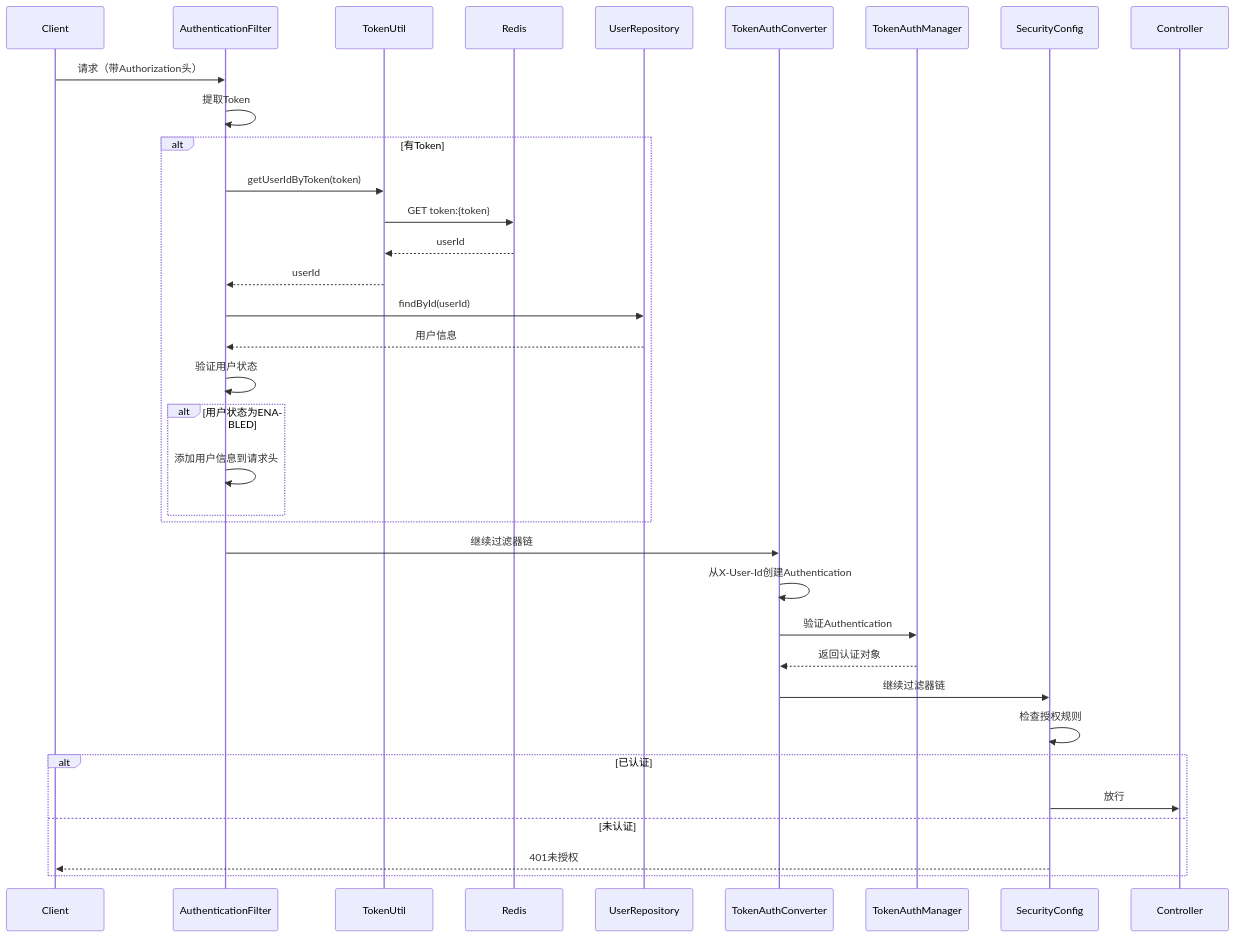
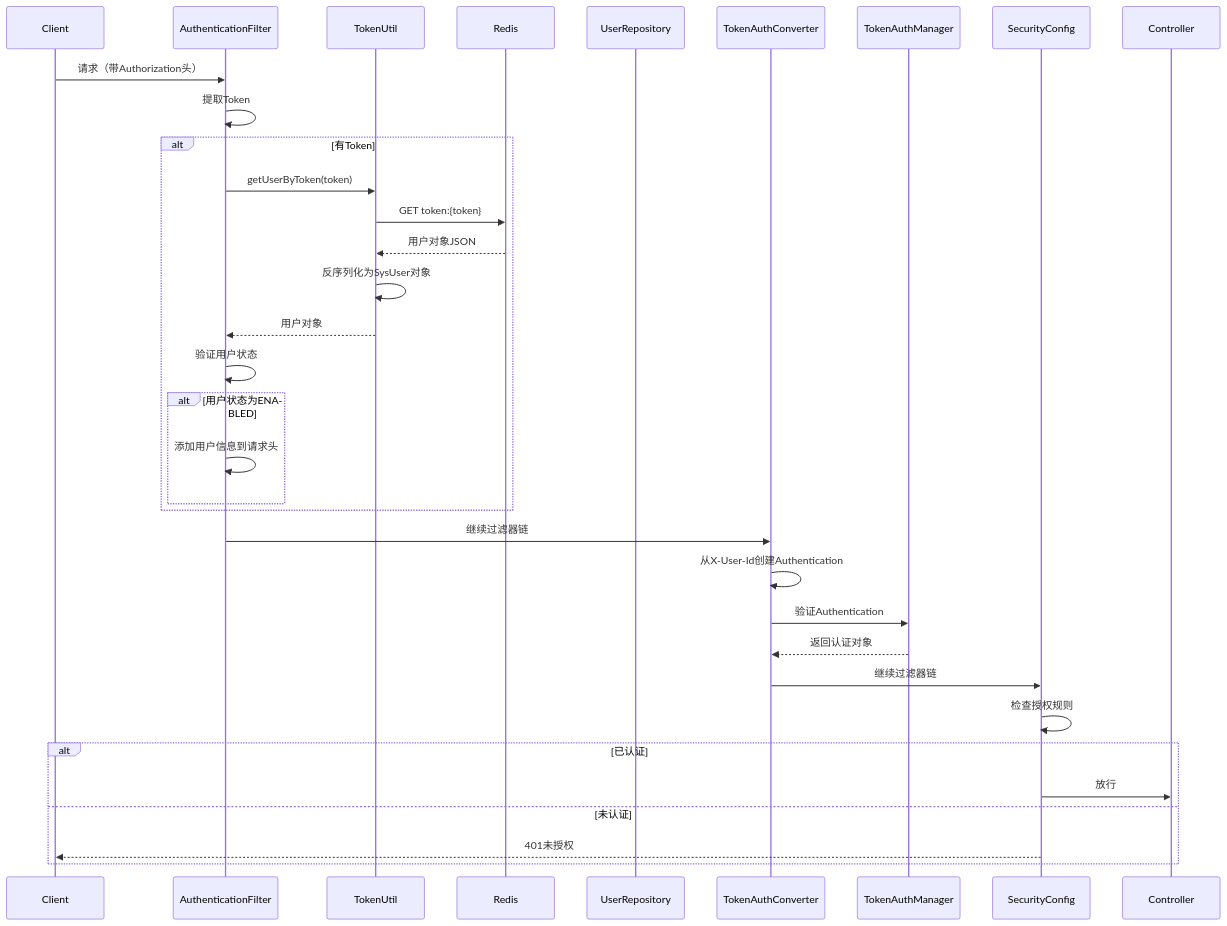
The second of 2 diagrams in prompt/身份验证设计.md (ImSetal121/CharnoAdmin), drawn with Mermaid before and after one commit. The commit also changed other lines of this file and 7 other files, not shown here.

````diff
--- a/prompt/身份验证设计.md
+++ b/prompt/身份验证设计.md
@@ -219,38 +246,37 @@
 ```mermaid
 sequenceDiagram
     participant Client
     participant AuthenticationFilter
     participant TokenUtil
     participant Redis
     participant UserRepository
     participant TokenAuthConverter
     participant TokenAuthManager
     participant SecurityConfig
     participant Controller
 
     Client->>AuthenticationFilter: 请求（带Authorization头）
     AuthenticationFilter->>AuthenticationFilter: 提取Token
     alt 有Token
-        AuthenticationFilter->>TokenUtil: getUserIdByToken(token)
+        AuthenticationFilter->>TokenUtil: getUserByToken(token)
         TokenUtil->>Redis: GET token:{token}
-        Redis-->>TokenUtil: userId
-        TokenUtil-->>AuthenticationFilter: userId
-        AuthenticationFilter->>UserRepository: findById(userId)
-        UserRepository-->>AuthenticationFilter: 用户信息
+        Redis-->>TokenUtil: 用户对象JSON
+        TokenUtil->>TokenUtil: 反序列化为SysUser对象
+        TokenUtil-->>AuthenticationFilter: 用户对象
         AuthenticationFilter->>AuthenticationFilter: 验证用户状态
         alt 用户状态为ENABLED
             AuthenticationFilter->>AuthenticationFilter: 添加用户信息到请求头
         end
     end
     AuthenticationFilter->>TokenAuthConverter: 继续过滤器链
     TokenAuthConverter->>TokenAuthConverter: 从X-User-Id创建Authentication
     TokenAuthConverter->>TokenAuthManager: 验证Authentication
     TokenAuthManager-->>TokenAuthConverter: 返回认证对象
     TokenAuthConverter->>SecurityConfig: 继续过滤器链
     SecurityConfig->>SecurityConfig: 检查授权规则
     alt 已认证
         SecurityConfig->>Controller: 放行
     else 未认证
         SecurityConfig-->>Client: 401未授权
     end
 ```
````
